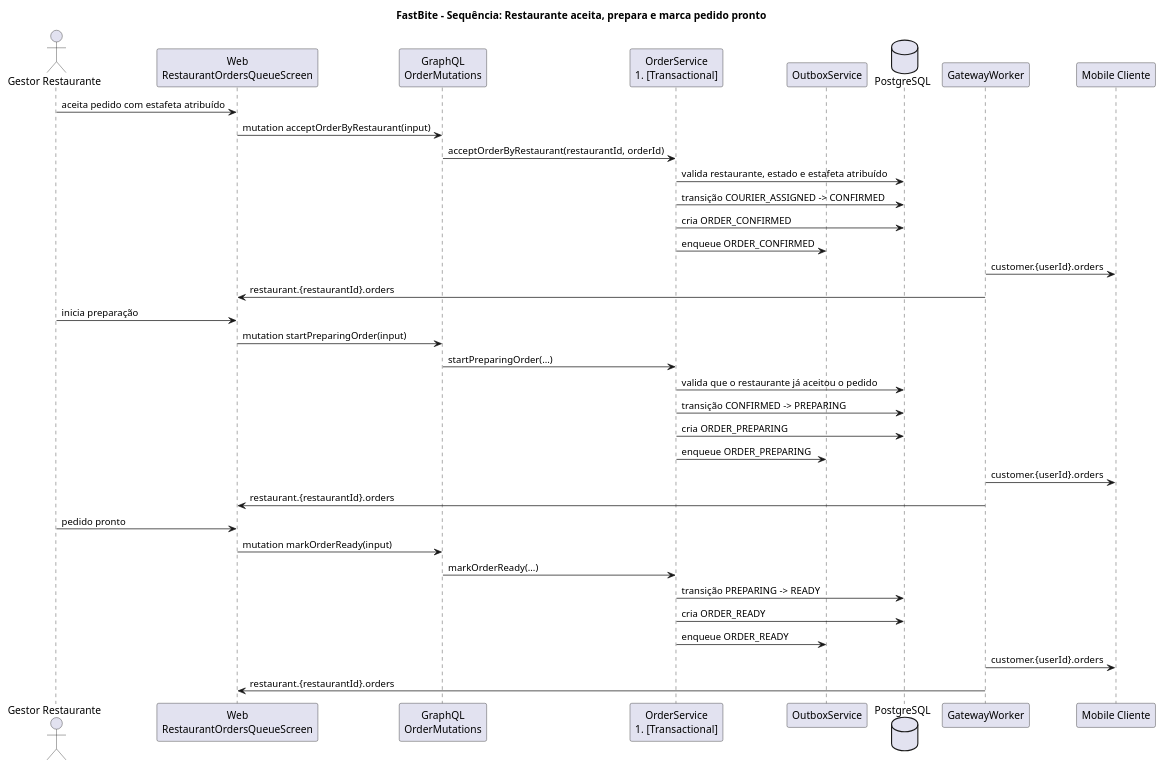
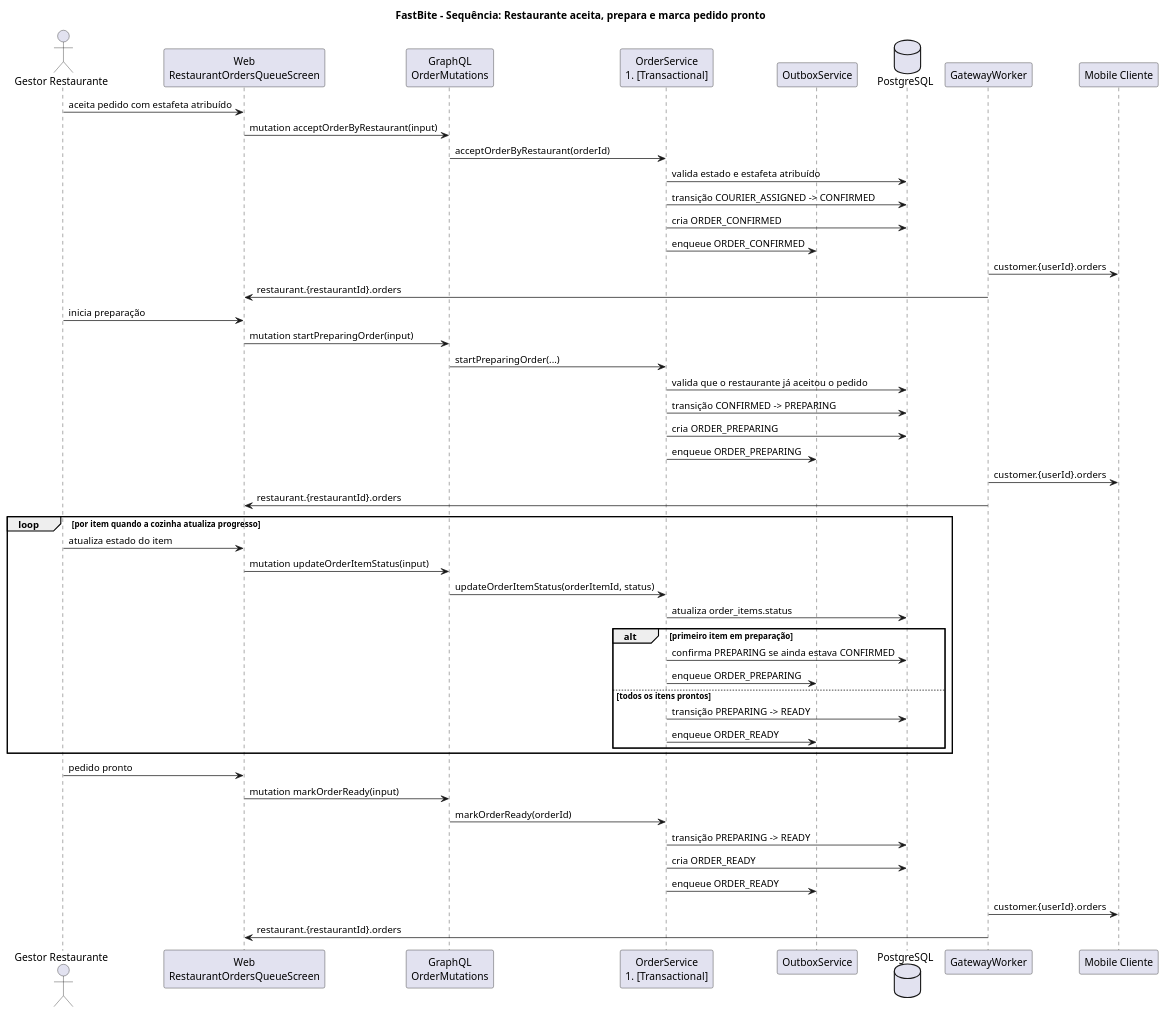
One commit to DuarteMSousa/FastBite changed the diagram in Documentacao/docs novas/03b_sequencia_restaurante_preparacao.puml. Above: the diagram before and after it, drawn with PlantUML. The commit also changed 3 other files, not shown here.

First line of the commit message:
Refine PlantUML diagrams and sequence flows

```diff
--- a/Documentacao/docs novas/03b_sequencia_restaurante_preparacao.puml
+++ b/Documentacao/docs novas/03b_sequencia_restaurante_preparacao.puml
@@ -1,43 +1,57 @@
 @startuml FastBite_Seq_Restaurante_Preparacao
 title FastBite - Sequência: Restaurante aceita, prepara e marca pedido pronto
 
 skinparam shadowing false
 actor "Gestor Restaurante" as Manager
 participant "Web\nRestaurantOrdersQueueScreen" as Web
 participant "GraphQL\nOrderMutations" as GQL
 participant "OrderService\n#[Transactional]" as OrderSvc
 participant "OutboxService" as Outbox
 database "PostgreSQL" as DB
 participant "GatewayWorker" as GW
 participant "Mobile Cliente" as Customer
 
 Manager -> Web: aceita pedido com estafeta atribuído
 Web -> GQL: mutation acceptOrderByRestaurant(input)
-GQL -> OrderSvc: acceptOrderByRestaurant(restaurantId, orderId)
-OrderSvc -> DB: valida restaurante, estado e estafeta atribuído
+GQL -> OrderSvc: acceptOrderByRestaurant(orderId)
+OrderSvc -> DB: valida estado e estafeta atribuído
 OrderSvc -> DB: transição COURIER_ASSIGNED -> CONFIRMED
 OrderSvc -> DB: cria ORDER_CONFIRMED
 OrderSvc -> Outbox: enqueue ORDER_CONFIRMED
 GW -> Customer: customer.{userId}.orders
 GW -> Web: restaurant.{restaurantId}.orders
 
 Manager -> Web: inicia preparação
 Web -> GQL: mutation startPreparingOrder(input)
 GQL -> OrderSvc: startPreparingOrder(...)
 OrderSvc -> DB: valida que o restaurante já aceitou o pedido
 OrderSvc -> DB: transição CONFIRMED -> PREPARING
 OrderSvc -> DB: cria ORDER_PREPARING
 OrderSvc -> Outbox: enqueue ORDER_PREPARING
 GW -> Customer: customer.{userId}.orders
 GW -> Web: restaurant.{restaurantId}.orders
 
+loop por item quando a cozinha atualiza progresso
+  Manager -> Web: atualiza estado do item
+  Web -> GQL: mutation updateOrderItemStatus(input)
+  GQL -> OrderSvc: updateOrderItemStatus(orderItemId, status)
+  OrderSvc -> DB: atualiza order_items.status
+  alt primeiro item em preparação
+    OrderSvc -> DB: confirma PREPARING se ainda estava CONFIRMED
+    OrderSvc -> Outbox: enqueue ORDER_PREPARING
+  else todos os itens prontos
+    OrderSvc -> DB: transição PREPARING -> READY
+    OrderSvc -> Outbox: enqueue ORDER_READY
+  end
+end
+
 Manager -> Web: pedido pronto
 Web -> GQL: mutation markOrderReady(input)
-GQL -> OrderSvc: markOrderReady(...)
+GQL -> OrderSvc: markOrderReady(orderId)
 OrderSvc -> DB: transição PREPARING -> READY
 OrderSvc -> DB: cria ORDER_READY
 OrderSvc -> Outbox: enqueue ORDER_READY
 GW -> Customer: customer.{userId}.orders
 GW -> Web: restaurant.{restaurantId}.orders
 
 @enduml
```
